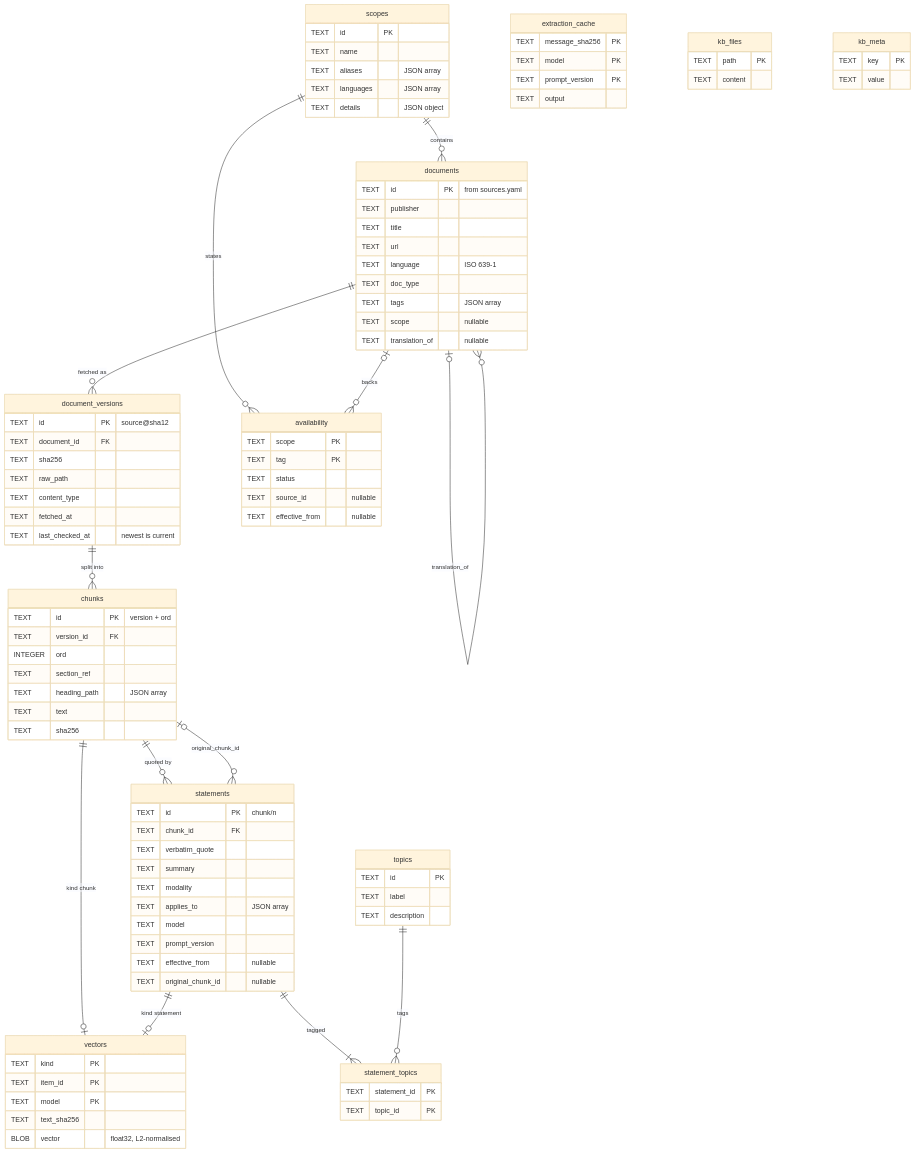
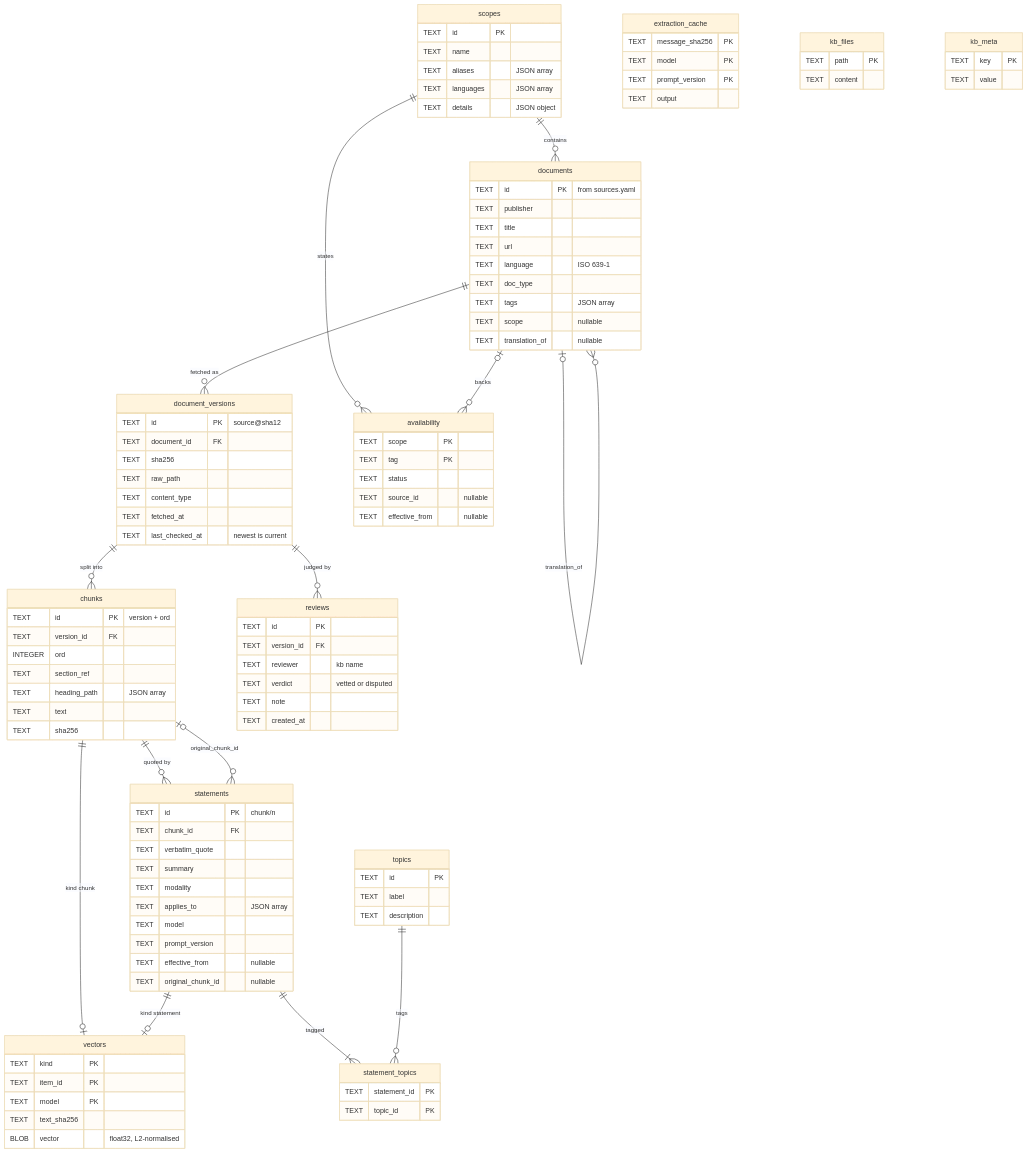
Before and after one commit to matlockx/kb: the third of 26 diagrams in docs/architecture.md, drawn with Mermaid (base theme). The commit also changed other lines of this file and 29 other files, not shown here.

```diff
--- a/docs/architecture.md
+++ b/docs/architecture.md
@@ -150,6 +151,7 @@
     scopes ||--o{ documents : "contains"
     scopes ||--o{ availability : "states"
     documents |o--o{ availability : "backs"
+    document_versions ||--o{ reviews : "judged by"
     documents |o--o{ documents : "translation_of"
     chunks |o--o{ statements : "original_chunk_id"
     chunks ||--o| vectors : "kind chunk"
@@ -174,6 +176,14 @@
         TEXT content_type
         TEXT fetched_at
         TEXT last_checked_at "newest is current"
+    }
+    reviews {
+        TEXT id PK
+        TEXT version_id FK
+        TEXT reviewer "kb name"
+        TEXT verdict "vetted or disputed"
+        TEXT note
+        TEXT created_at
     }
     chunks {
         TEXT id PK "version + ord"
```
